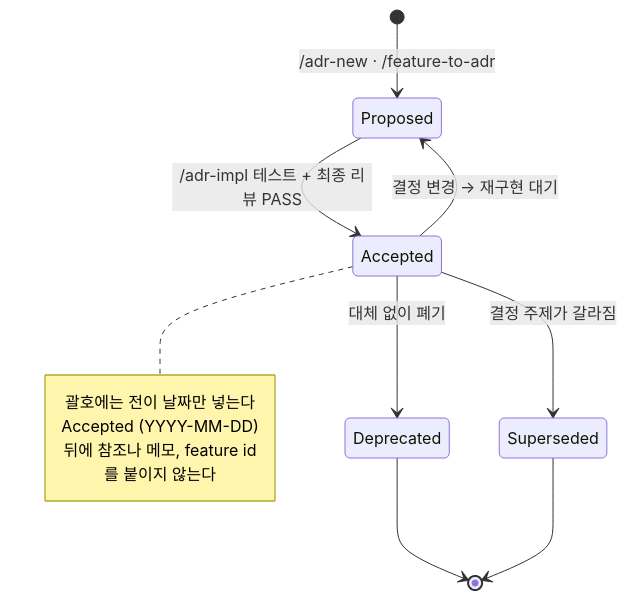
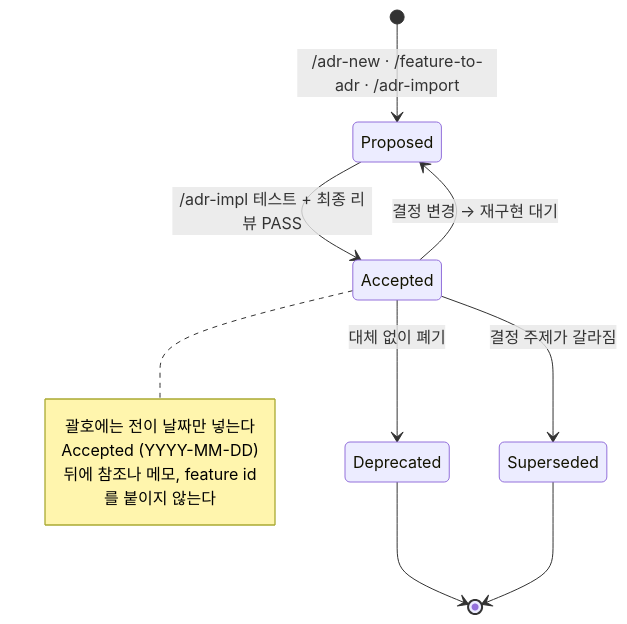
One commit to haandol/alps-writer-plugins changed the seventh of 8 diagrams in docs/adr-process.md. Above: the diagram before and after it, drawn with Mermaid. The commit also changed other lines of this file and 124 other files, not shown here.

First line of the commit message:
feat(adr): add brownfield import and release 0.9.0 (#30)

````diff
--- a/docs/adr-process.md
+++ b/docs/adr-process.md
@@ -432,16 +434,16 @@
 ```mermaid
 stateDiagram-v2
-    [*] --> Proposed: /adr-new · /feature-to-adr
+    [*] --> Proposed: /adr-new · /feature-to-adr · /adr-import
     Proposed --> Accepted: /adr-impl 테스트 + 최종 리뷰 PASS
     Accepted --> Proposed: 결정 변경 → 재구현 대기
     Accepted --> Deprecated: 대체 없이 폐기
     Accepted --> Superseded: 결정 주제가 갈라짐
     Deprecated --> [*]
     Superseded --> [*]
 
     note right of Accepted
         괄호에는 전이 날짜만 넣는다
         Accepted (YYYY-MM-DD)
         뒤에 참조나 메모, feature id를 붙이지 않는다
     end note
 ```
````
